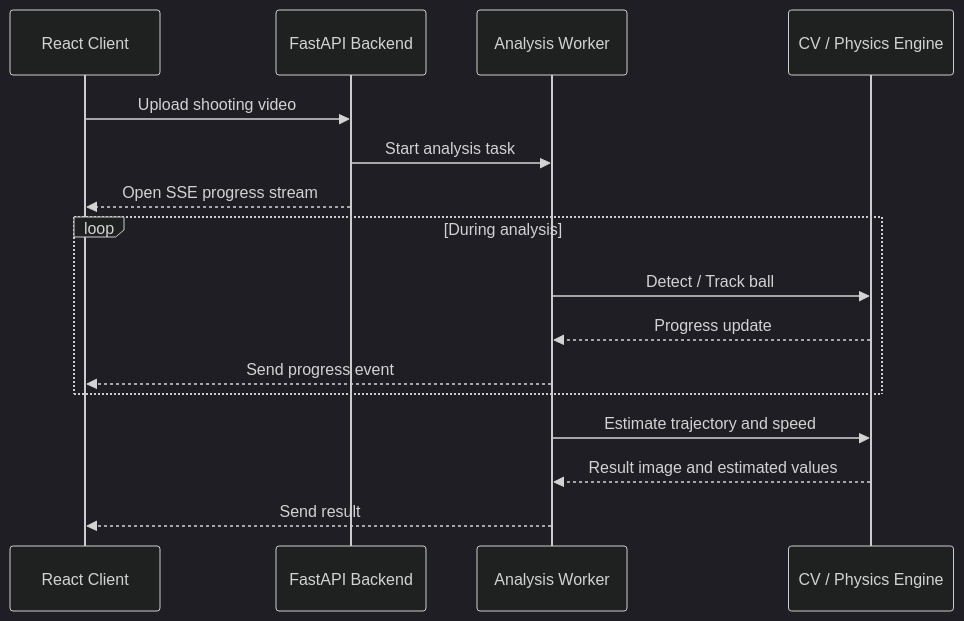
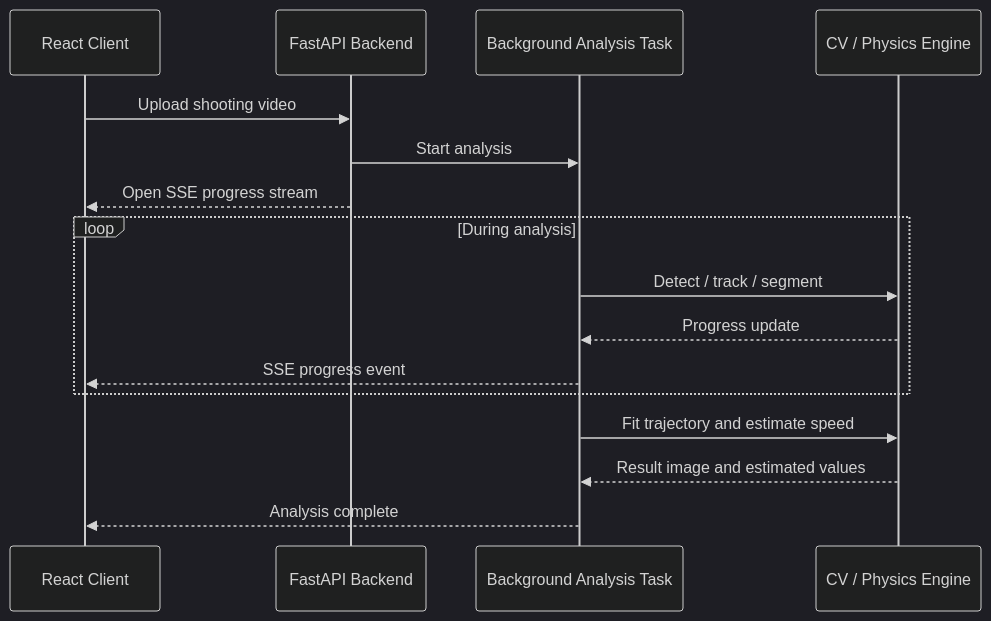
The diagram in README.md (bae-kh/soccer-shot-analyzer), drawn with Mermaid (dark theme) before and after one commit. The commit also changed other lines of this file and 1 other file, not shown here.

````diff
--- a/README.md
+++ b/README.md
@@ -81,21 +55,21 @@
 ```mermaid
 sequenceDiagram
     participant User as React Client
     participant API as FastAPI Backend
-    participant Worker as Analysis Worker
+    participant Task as Background Analysis Task
     participant Engine as CV / Physics Engine
 
     User->>API: Upload shooting video
-    API->>Worker: Start analysis task
+    API->>Task: Start analysis
     API-->>User: Open SSE progress stream
 
     loop During analysis
-        Worker->>Engine: Detect / Track ball
-        Engine-->>Worker: Progress update
-        Worker-->>User: Send progress event
+        Task->>Engine: Detect / track / segment
+        Engine-->>Task: Progress update
+        Task-->>User: SSE progress event
     end
 
-    Worker->>Engine: Estimate trajectory and speed
-    Engine-->>Worker: Result image and estimated values
-    Worker-->>User: Send result
+    Task->>Engine: Fit trajectory and estimate speed
+    Engine-->>Task: Result image and estimated values
+    Task-->>User: Analysis complete
 ```
````
